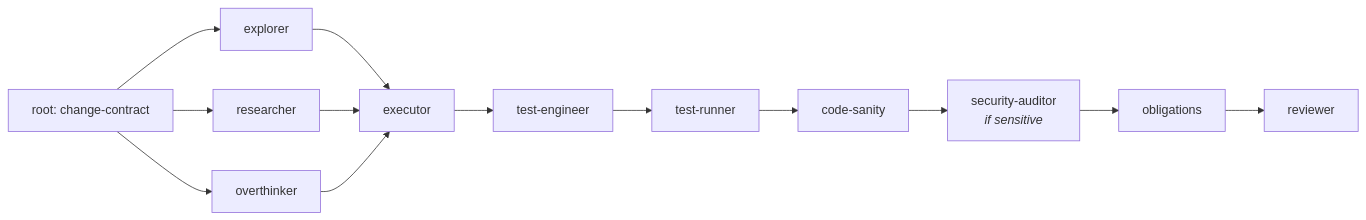
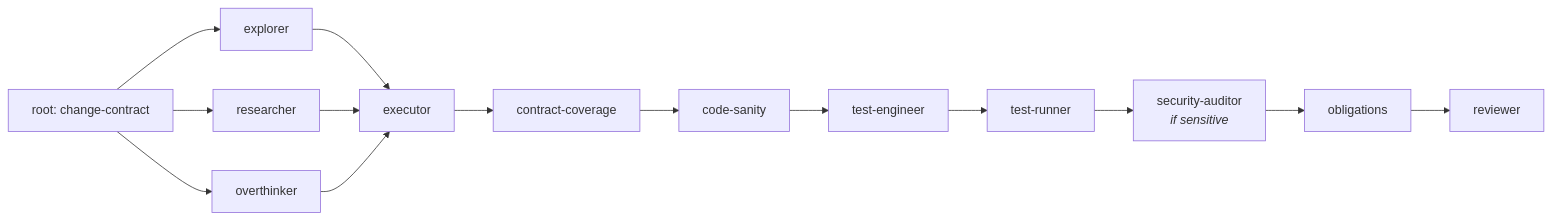
One commit to xtrm-dev/specialists changed the fourth of 14 diagrams in docs/design/chain-templates.md. Above: the diagram before and after it, drawn with Mermaid. The commit also changed other lines of this file and 3 other files, not shown here.

````diff
--- a/docs/design/chain-templates.md
+++ b/docs/design/chain-templates.md
@@ -242,15 +266,16 @@
 ```mermaid
 flowchart LR
   root[root: change-contract] --> explorer
   root --> researcher
   root --> overthinker
   explorer --> executor
   researcher --> executor
   overthinker --> executor
-  executor --> test-engineer
+  executor --> contract-coverage
+  contract-coverage --> code-sanity
+  code-sanity --> test-engineer
   test-engineer --> test-runner
-  test-runner --> code-sanity
-  code-sanity --> security[security-auditor<br><i>if sensitive</i>]
+  test-runner --> security[security-auditor<br><i>if sensitive</i>]
   security --> obligations
   obligations --> reviewer
 ```
````
